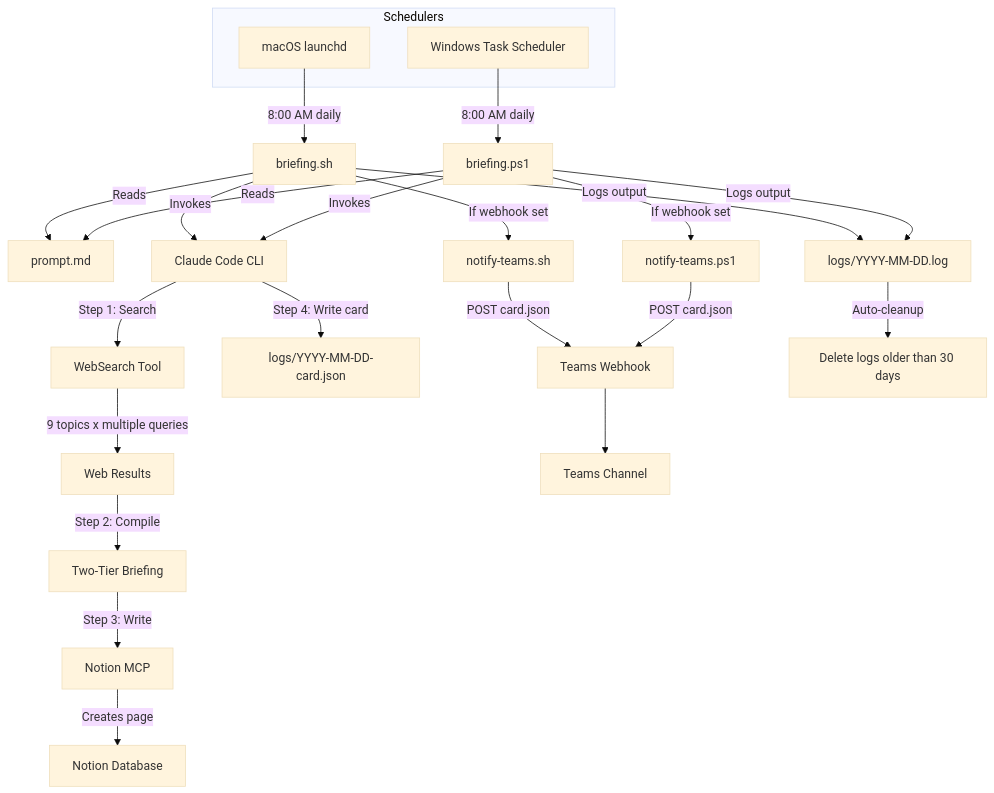
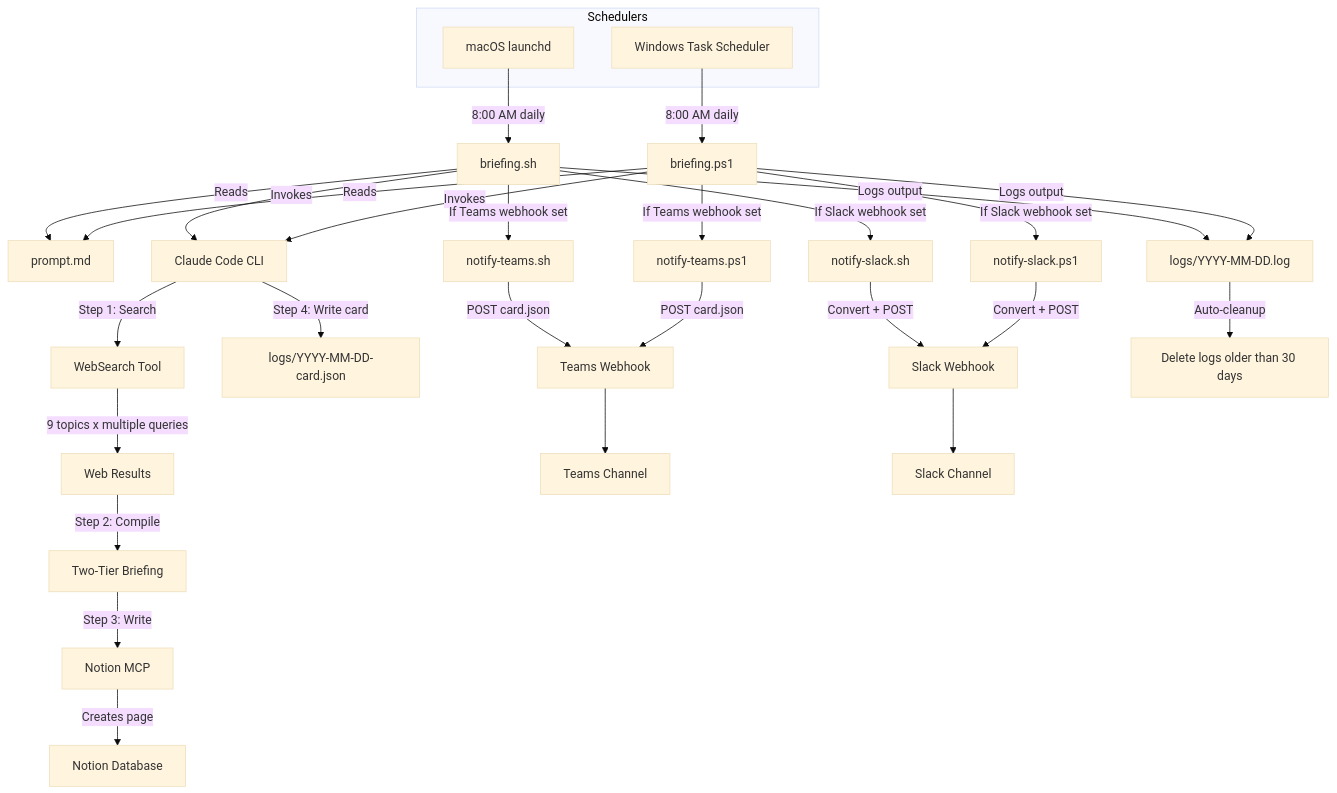
Before and after one commit to hoangsonww/ai-news-briefing: the diagram in README.md, drawn with Mermaid (base theme). The commit also changed other lines of this file and 10 other files, not shown here.

First line of the commit message:
Enhance notification system for Teams and Slack integration

````diff
--- a/README.md
+++ b/README.md
@@ -36,34 +36,40 @@
 ```mermaid
 flowchart TD
     subgraph Schedulers
         A1[macOS launchd]
         A2[Windows Task Scheduler]
     end
 
     A1 -->|8:00 AM daily| B1[briefing.sh]
     A2 -->|8:00 AM daily| B2[briefing.ps1]
 
     B1 -->|Reads| C[prompt.md]
     B2 -->|Reads| C
 
     B1 -->|Invokes| D[Claude Code CLI]
     B2 -->|Invokes| D
 
     D -->|Step 1: Search| E[WebSearch Tool]
     E -->|9 topics x multiple queries| F[Web Results]
     F -->|Step 2: Compile| G[Two-Tier Briefing]
     G -->|Step 3: Write| H[Notion MCP]
     H -->|Creates page| I[Notion Database]
 
     D -->|Step 4: Write card| J2[logs/YYYY-MM-DD-card.json]
 
-    B1 -->|If webhook set| T[notify-teams.sh]
-    B2 -->|If webhook set| T2[notify-teams.ps1]
+    B1 -->|If Teams webhook set| T[notify-teams.sh]
+    B2 -->|If Teams webhook set| T2[notify-teams.ps1]
     T -->|POST card.json| V[Teams Webhook]
     T2 -->|POST card.json| V
     V --> W[Teams Channel]
+
+    B1 -->|If Slack webhook set| S1[notify-slack.sh]
+    B2 -->|If Slack webhook set| S2[notify-slack.ps1]
+    S1 -->|Convert + POST| SV[Slack Webhook]
+    S2 -->|Convert + POST| SV
+    SV --> SW[Slack Channel]
 
     B1 -->|Logs output| J[logs/YYYY-MM-DD.log]
     B2 -->|Logs output| J
     J -->|Auto-cleanup| K[Delete logs older than 30 days]
 ```
````
